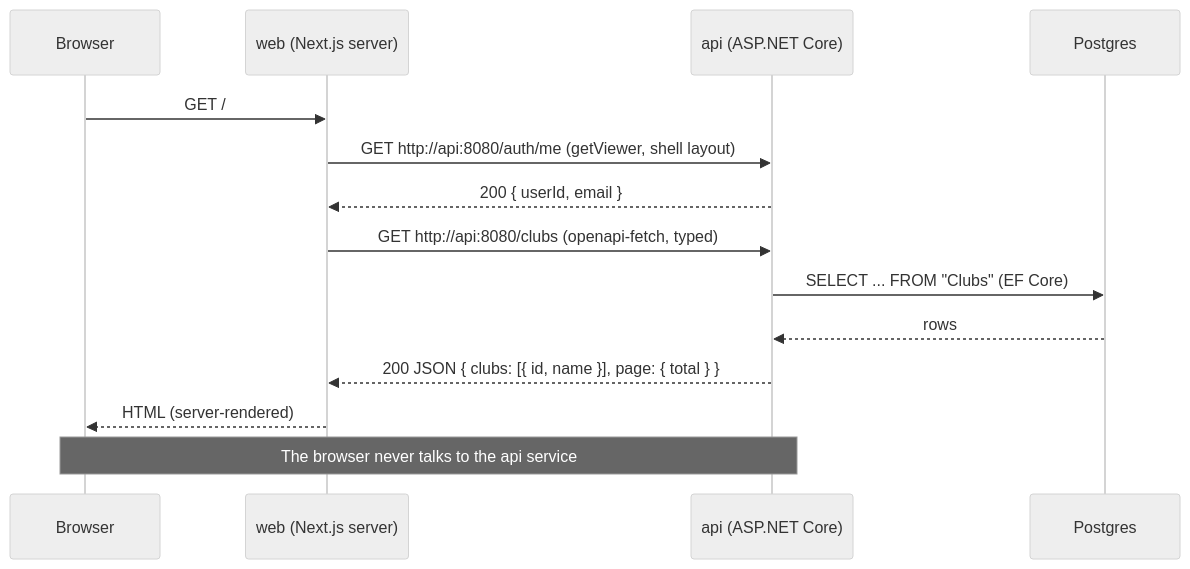
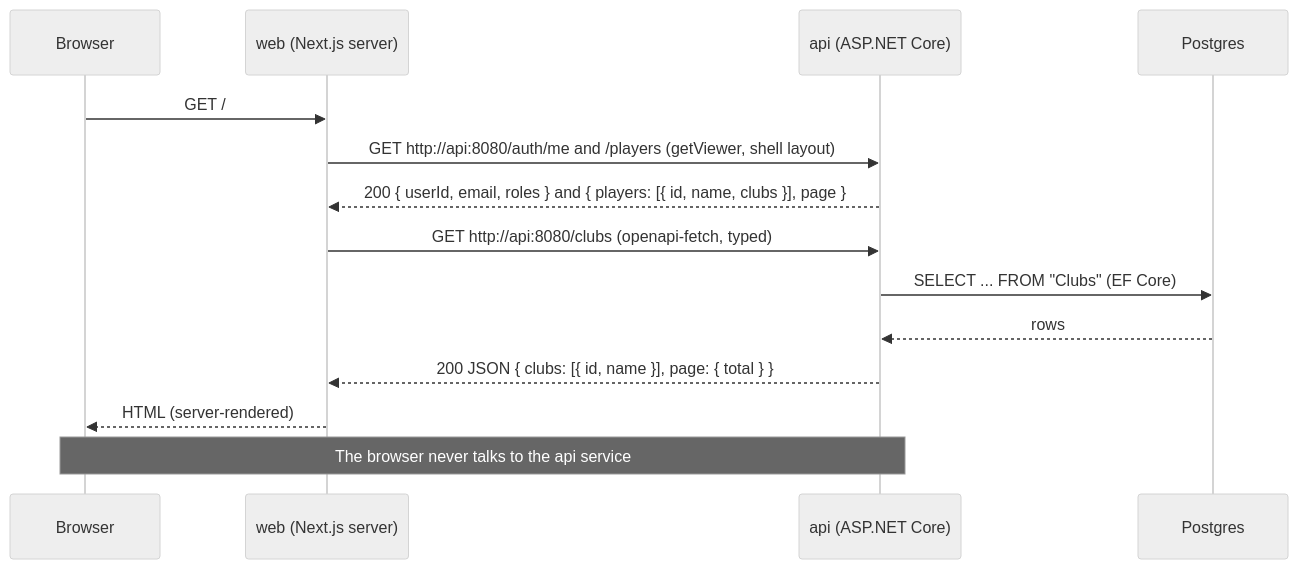
The second of 11 diagrams in docs/architecture.md (l1em1on1/social-tennis), drawn with Mermaid (neutral theme) before and after one commit. The commit also changed other lines of this file and 66 other files, not shown here.

First line of the commit message:
Players, and joining a Club by Manager approval or email invite (#95)

````diff
--- a/docs/architecture.md
+++ b/docs/architecture.md
@@ -30,17 +30,17 @@
 ```mermaid
 sequenceDiagram
     participant B as Browser
     participant W as web (Next.js server)
     participant A as api (ASP.NET Core)
     participant P as Postgres
 
     B->>W: GET /
-    W->>A: GET http://api:8080/auth/me (getViewer, shell layout)
-    A-->>W: 200 { userId, email }
+    W->>A: GET http://api:8080/auth/me and /players (getViewer, shell layout)
+    A-->>W: 200 { userId, email, roles } and { players: [{ id, name, clubs }], page }
     W->>A: GET http://api:8080/clubs (openapi-fetch, typed)
     A->>P: SELECT ... FROM "Clubs" (EF Core)
     P-->>A: rows
     A-->>W: 200 JSON { clubs: [{ id, name }], page: { total } }
     W-->>B: HTML (server-rendered)
     Note over B,A: The browser never talks to the api service
 ```
````
